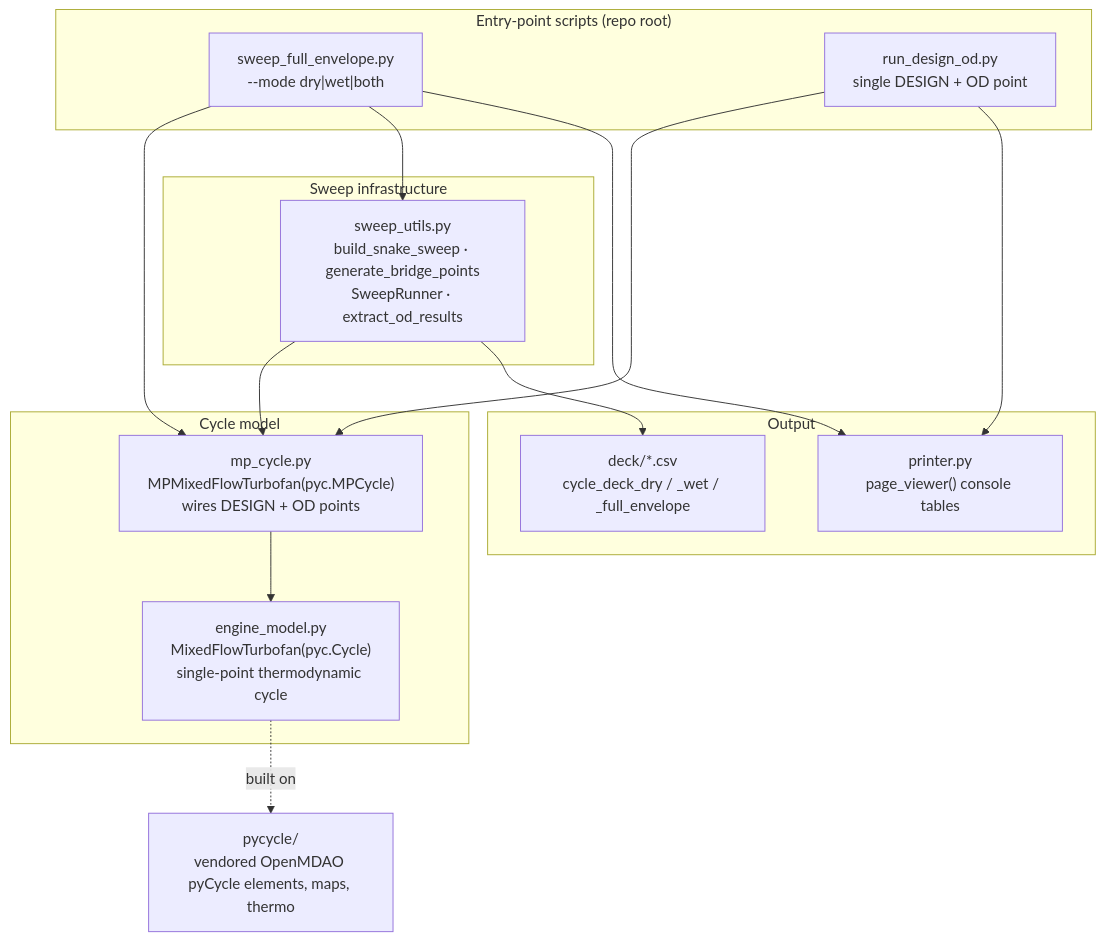
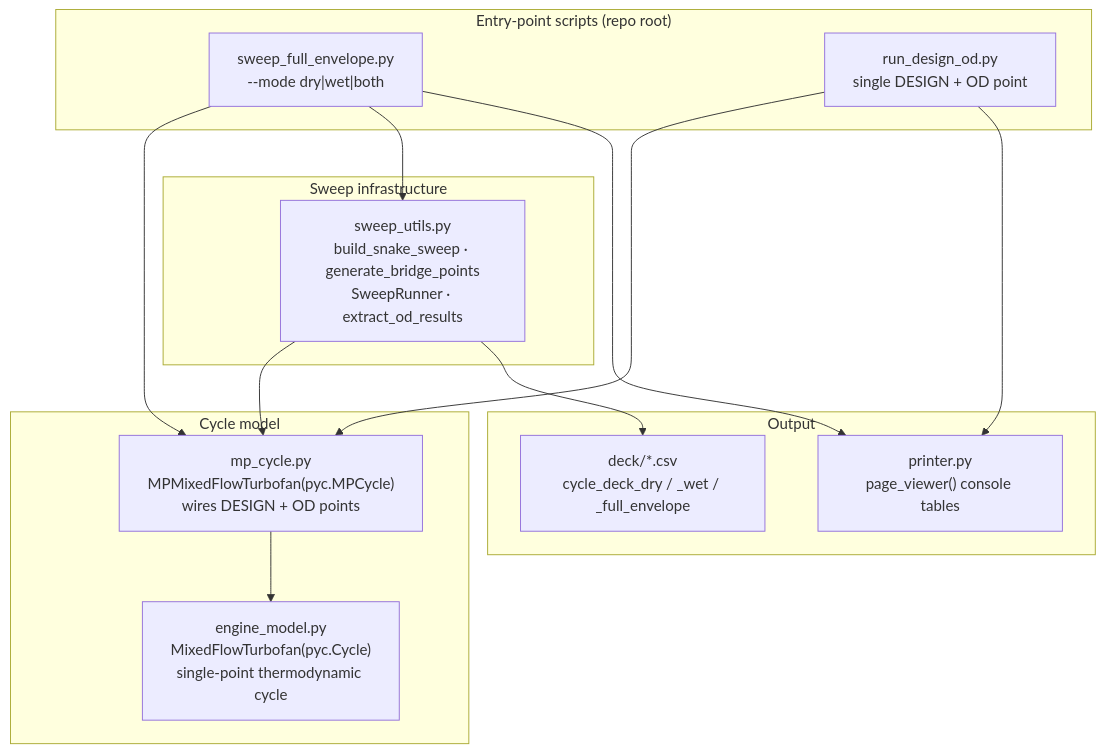
One commit to Jhawk414/F404-pyCycle changed the diagram in README.md. Above: the diagram before and after it, drawn with Mermaid.

Commit message:
docs: remove pycycle/ built-on node from data-flow diagram
Redundant with the Acknowledgments section, which already covers the
pyCycle/OpenMDAO fork relationship.

````diff
--- a/README.md
+++ b/README.md
@@ -74,33 +74,30 @@
 ```mermaid
 flowchart TD
     subgraph Drivers["Entry-point scripts (repo root)"]
         A["sweep_full_envelope.py<br/>--mode dry|wet|both"]
         B["run_design_od.py<br/>single DESIGN + OD point"]
     end
 
     subgraph Model["Cycle model"]
         C["mp_cycle.py<br/>MPMixedFlowTurbofan(pyc.MPCycle)<br/>wires DESIGN + OD points"]
         D["engine_model.py<br/>MixedFlowTurbofan(pyc.Cycle)<br/>single-point thermodynamic cycle"]
     end
 
     subgraph Sweep["Sweep infrastructure"]
         E["sweep_utils.py<br/>build_snake_sweep · generate_bridge_points<br/>SweepRunner · extract_od_results"]
     end
 
     subgraph Output["Output"]
         F["printer.py<br/>page_viewer() console tables"]
         G["deck/*.csv<br/>cycle_deck_dry / _wet / _full_envelope"]
     end
 
-    H["pycycle/<br/>vendored OpenMDAO pyCycle elements, maps, thermo"]
-
     A --> C
     B --> C
     C --> D
-    D -.built on.-> H
     A --> E
     E --> C
     E --> G
     A --> F
     B --> F
 ```
````
